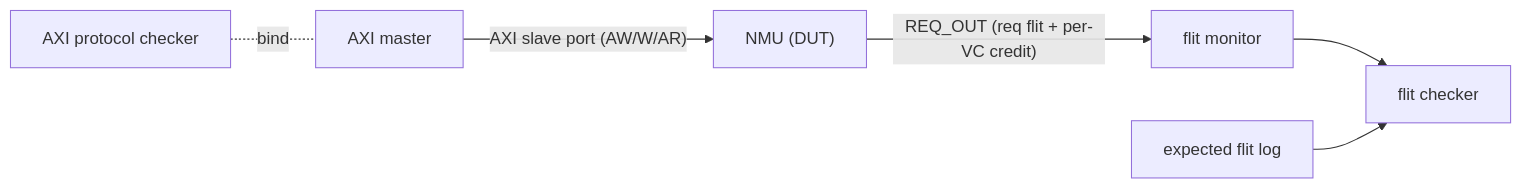
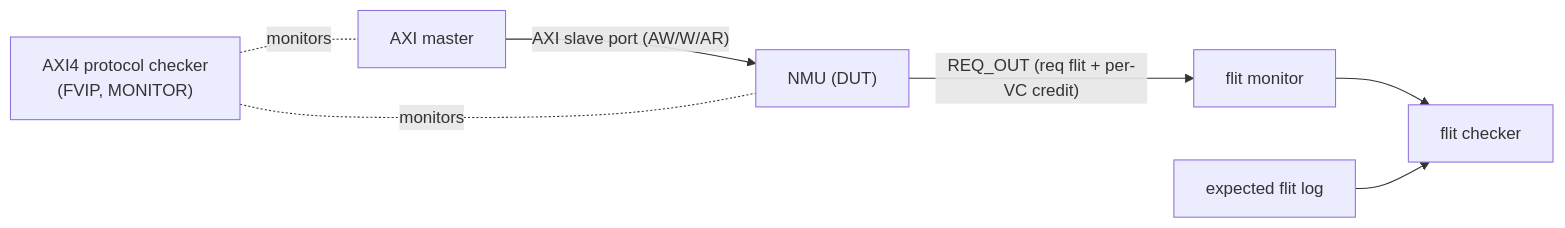
Before and after one commit to changlukas/noc-sim: the first of 4 diagrams in spec/ni/dv/test_environment.md, drawn with Mermaid. The commit also changed other lines of this file and 2 other files, not shown here.

````diff
--- a/spec/ni/dv/test_environment.md
+++ b/spec/ni/dv/test_environment.md
@@ -83,8 +87,9 @@
 ```mermaid
 flowchart LR
   M["AXI master"] -->|"AXI slave port (AW/W/AR)"| DUT["NMU (DUT)"]
   DUT -->|"REQ_OUT (req flit + per-VC credit)"| MON["flit monitor"]
   MON --> CHK["flit checker"]
   REF["expected flit log"] --> CHK
-  PC["AXI protocol checker"] -.bind.- M
+  PC["AXI4 protocol checker<br/>(FVIP, MONITOR)"] -. monitors .- M
+  PC -. monitors .- DUT
 ```
````
